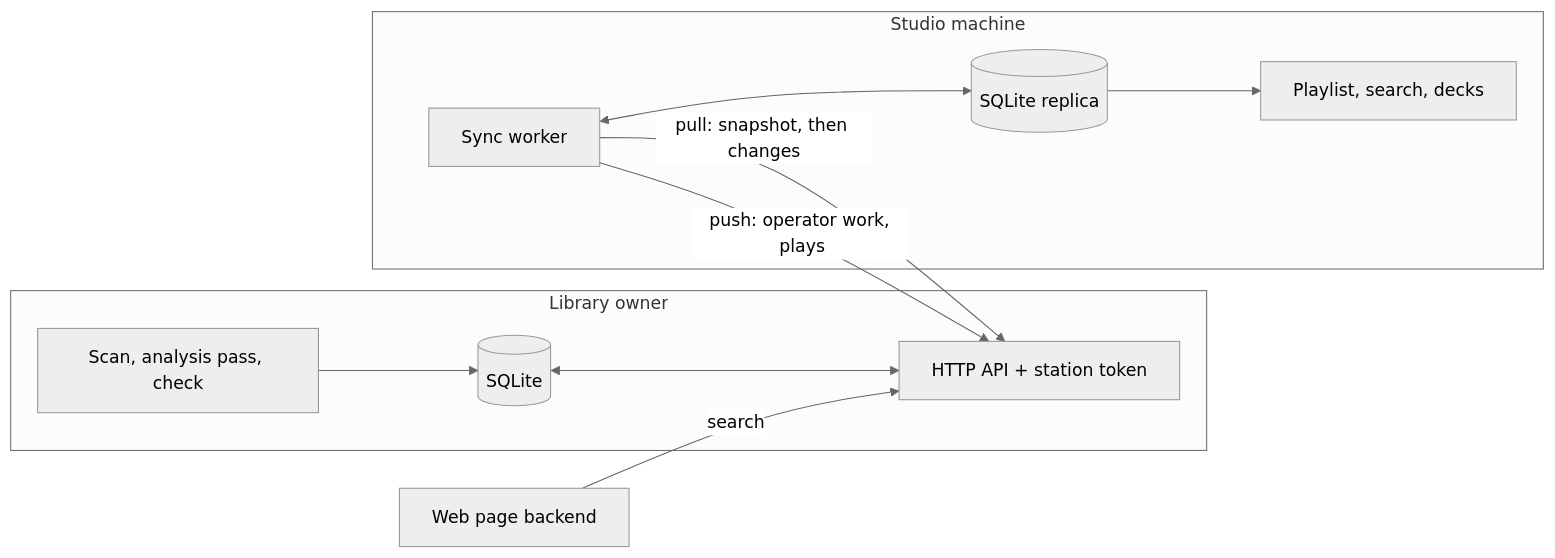
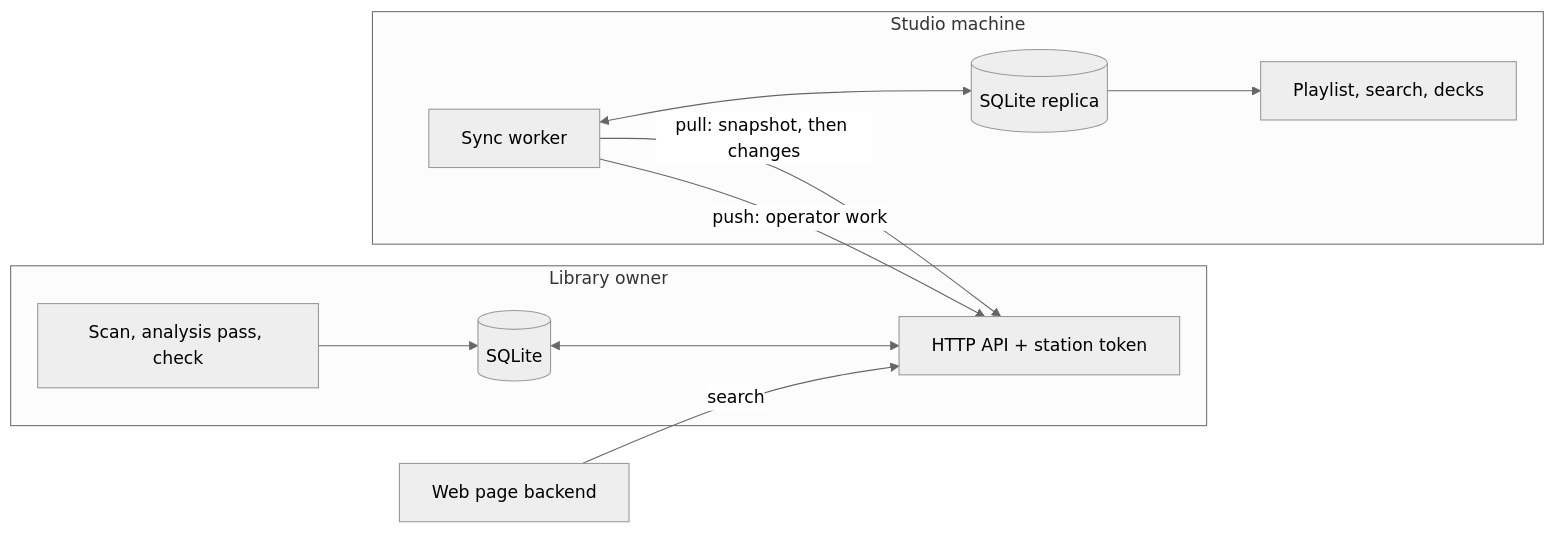
One commit to Arskah/radiodiodj changed the second of 5 diagrams in docs/external-library.md. Above: the diagram before and after it, drawn with Mermaid (neutral theme). The commit also changed other lines of this file and 3 other files, not shown here.

````diff
--- a/docs/external-library.md
+++ b/docs/external-library.md
@@ -251,14 +251,14 @@
 ```mermaid
 flowchart LR
   subgraph owner["Library owner"]
     S["Scan, analysis pass, check"] --> ODB[("SQLite")]
     ODB <--> API["HTTP API + station token"]
   end
   subgraph studio["Studio machine"]
     W["Sync worker"] <--> RDB[("SQLite replica")]
     RDB --> P["Playlist, search, decks"]
   end
   W -- "pull: snapshot, then changes" --> API
-  W -- "push: operator work, plays" --> API
+  W -- "push: operator work" --> API
   WEB["Web page backend"] -- "search" --> API
 ```
````
